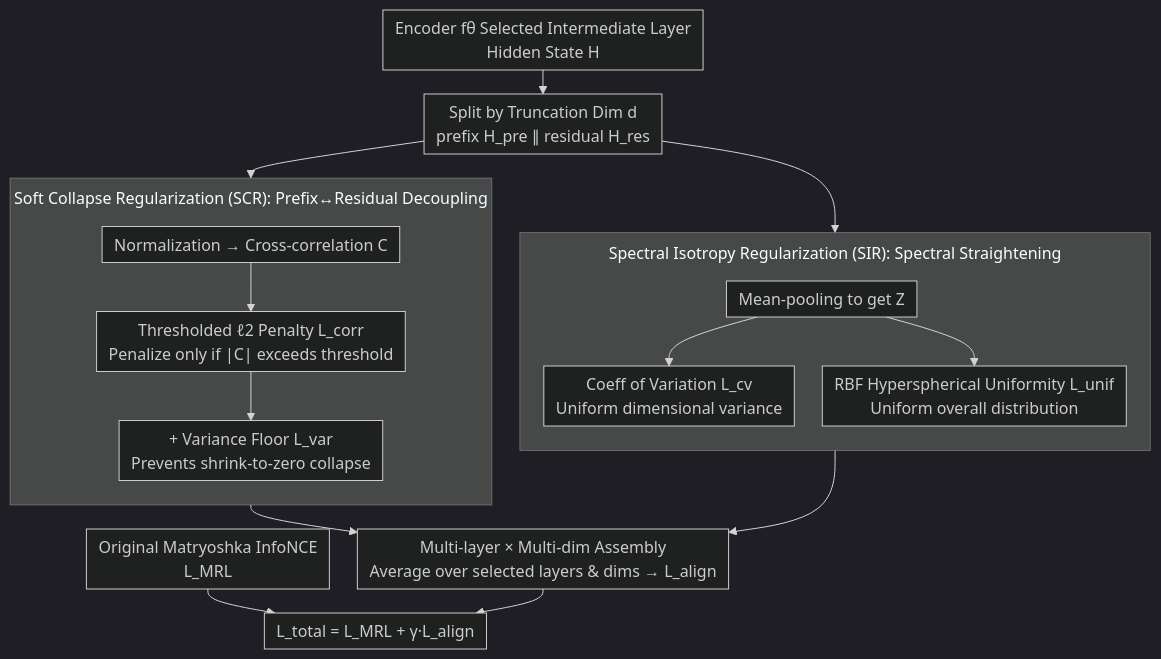
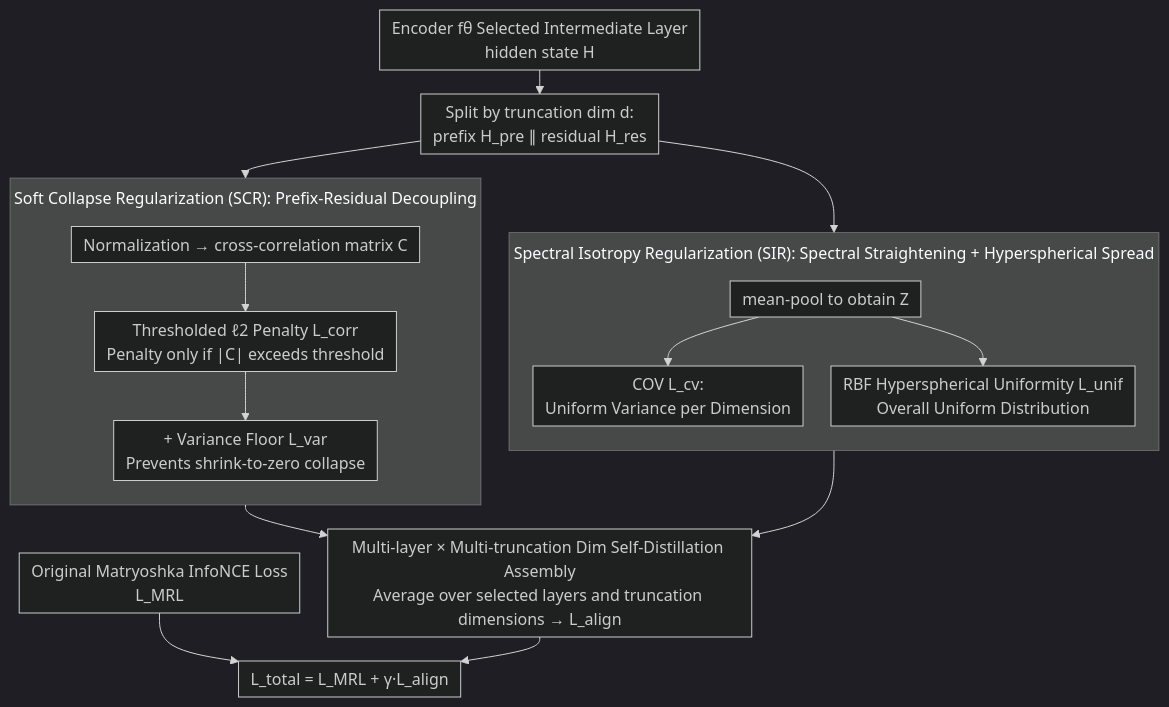
The diagram in docs/ICML2026/model_compression/mic_maximizing_informational_capacity_in_adaptive_representations_via_isotropic_.md (zhaoyang97/Paper-Notes-en), drawn with Mermaid (dark theme) before and after one commit. The commit also changed other lines of this file and 5084 other files, not shown here.

````diff
--- a/docs/ICML2026/model_compression/mic_maximizing_informational_capacity_in_adaptive_representations_via_isotropic_.md
+++ b/docs/ICML2026/model_compression/mic_maximizing_informational_capacity_in_adaptive_representations_via_isotropic_.md
@@ -46,21 +46,21 @@
 ```mermaid
 %%{init: {'flowchart': {'rankSpacing': 24, 'nodeSpacing': 28, 'padding': 6, 'wrappingWidth': 400, 'subGraphTitleMargin': {'top': 8, 'bottom': 16}}}}%%
 flowchart TD
-    H["Encoder fθ Selected Intermediate Layer<br/>Hidden State H"] --> SPLIT["Split by Truncation Dim d<br/>prefix H_pre ∥ residual H_res"]
+    H["Encoder fθ Selected Intermediate Layer<br/>hidden state H"] --> SPLIT["Split by truncation dim d:<br/>prefix H_pre ∥ residual H_res"]
     SPLIT --> SCR
     SPLIT --> SIR
-    subgraph SCR["Soft Collapse Regularization (SCR): Prefix↔Residual Decoupling"]
+    subgraph SCR["Soft Collapse Regularization (SCR): Prefix-Residual Decoupling"]
         direction TB
-        A1["Normalization → Cross-correlation C"] --> A2["Thresholded ℓ2 Penalty L_corr<br/>Penalize only if |C| exceeds threshold"]
+        A1["Normalization → cross-correlation matrix C"] --> A2["Thresholded ℓ2 Penalty L_corr<br/>Penalty only if |C| exceeds threshold"]
         A2 --> A3["+ Variance Floor L_var<br/>Prevents shrink-to-zero collapse"]
     end
-    subgraph SIR["Spectral Isotropy Regularization (SIR): Spectral Straightening"]
+    subgraph SIR["Spectral Isotropy Regularization (SIR): Spectral Straightening + Hyperspherical Spread"]
         direction TB
-        B1["Mean-pooling to get Z"] --> B2["Coeff of Variation L_cv<br/>Uniform dimensional variance"]
-        B1 --> B3["RBF Hyperspherical Uniformity L_unif<br/>Uniform overall distribution"]
+        B1["mean-pool to obtain Z"] --> B2["COV L_cv:<br/>Uniform Variance per Dimension"]
+        B1 --> B3["RBF Hyperspherical Uniformity L_unif<br/>Overall Uniform Distribution"]
     end
-    SCR --> AGG["Multi-layer × Multi-dim Assembly<br/>Average over selected layers & dims → L_align"]
+    SCR --> AGG["Multi-layer × Multi-truncation Dim Self-Distillation Assembly<br/>Average over selected layers and truncation dimensions → L_align"]
     SIR --> AGG
-    MRL["Original Matryoshka InfoNCE<br/>L_MRL"] --> TOT["L_total = L_MRL + γ·L_align"]
+    MRL["Original Matryoshka InfoNCE Loss<br/>L_MRL"] --> TOT["L_total = L_MRL + γ·L_align"]
     AGG --> TOT
 ```
````
